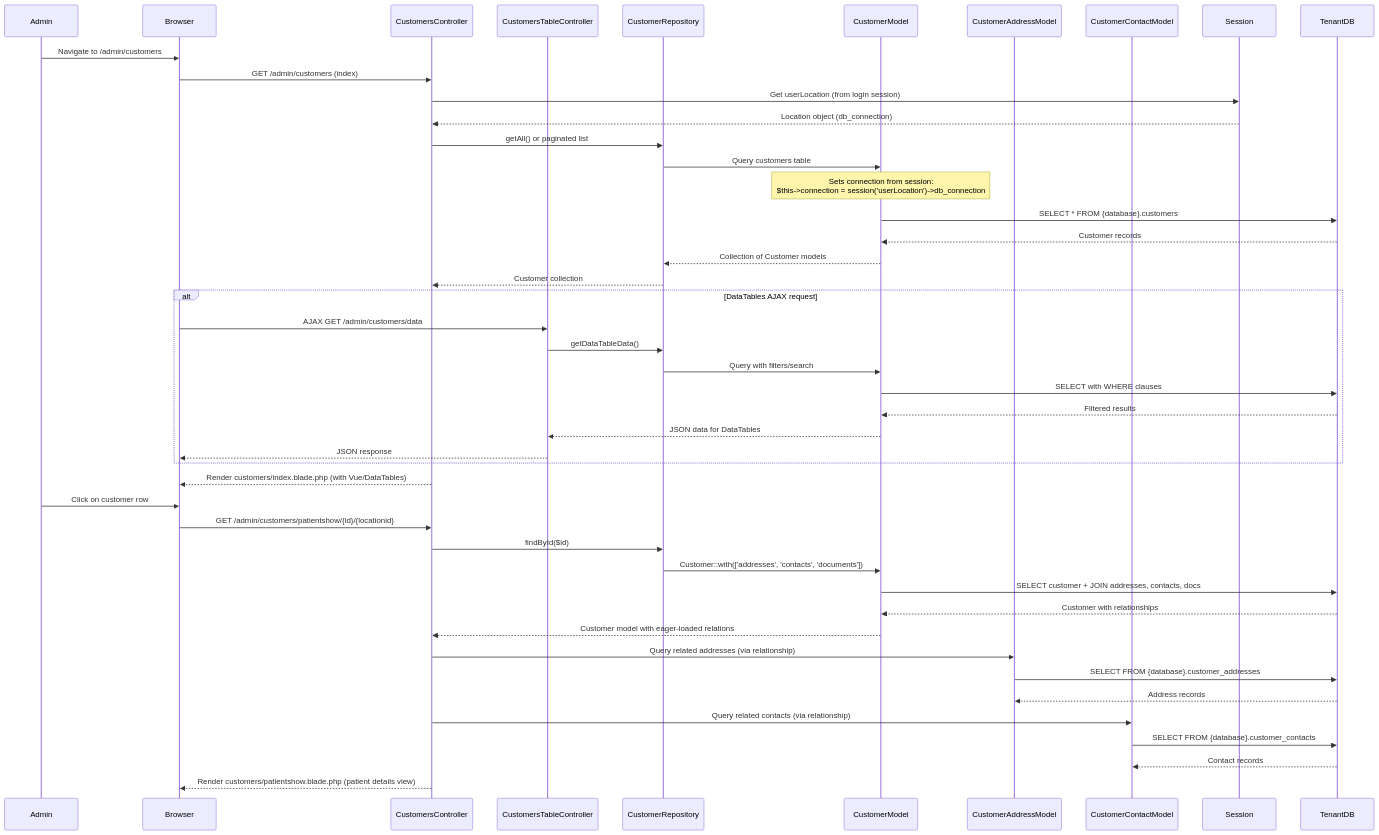
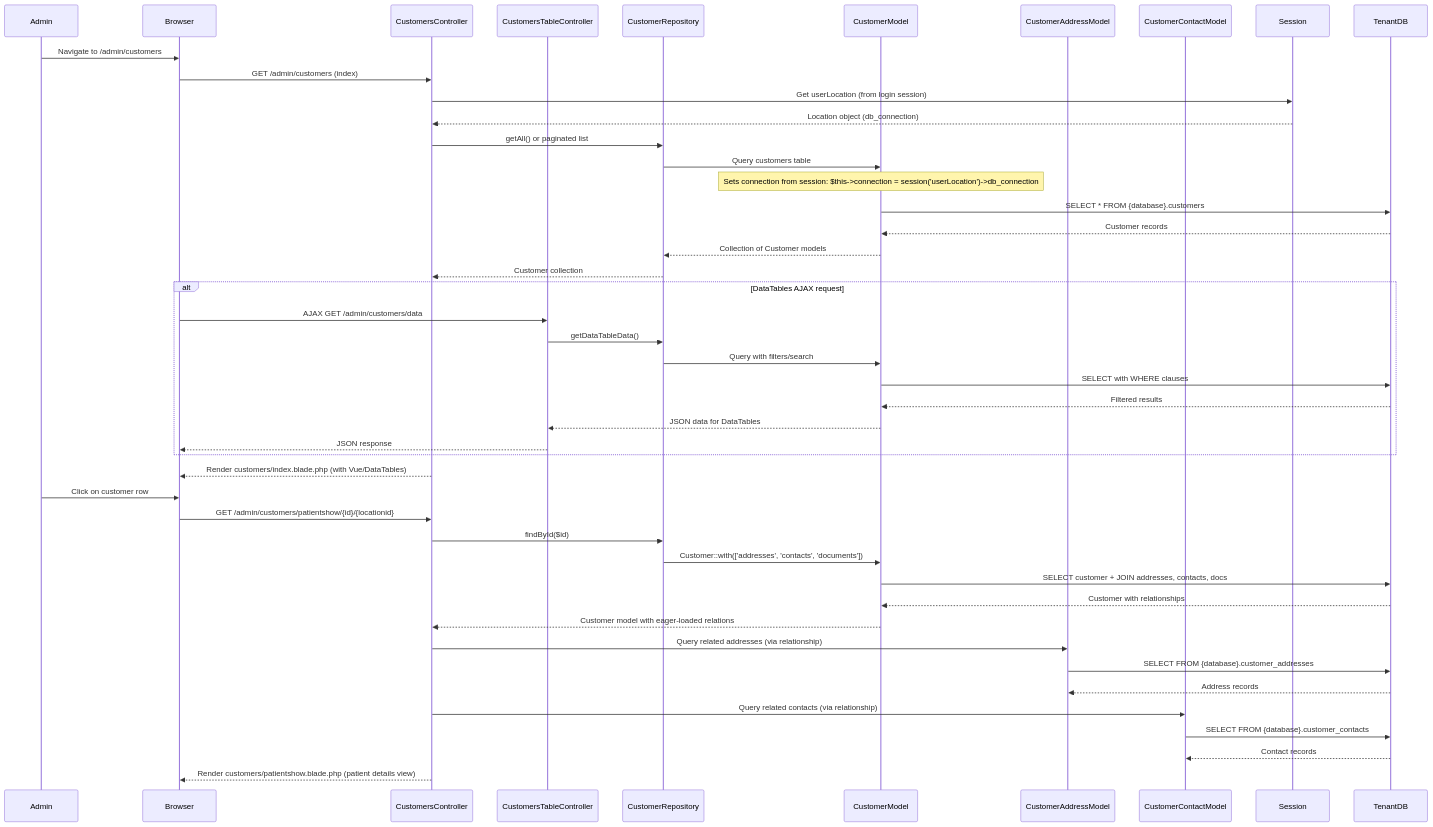
The diagram in visual-demo/frontend/public/diagrams/flows_customer-flow.md_01.mmd (Aaron071982/boca340b-visuals-demo), drawn with Mermaid before and after one commit. The commit also changed 30 other files, not shown here.

First line of the commit message:
Add Manage Admins, fix logout confirmation, diagrams, and UI polish

```diff
--- a/visual-demo/frontend/public/diagrams/flows_customer-flow.md_01.mmd
+++ b/visual-demo/frontend/public/diagrams/flows_customer-flow.md_01.mmd
@@ -1,56 +1,56 @@
 sequenceDiagram
     participant Admin
     participant Browser
     participant CustomersController
     participant CustomersTableController
     participant CustomerRepository
     participant CustomerModel
     participant CustomerAddressModel
     participant CustomerContactModel
     participant Session
     participant TenantDB
     
     Admin->>Browser: Navigate to /admin/customers
     Browser->>CustomersController: GET /admin/customers (index)
     
     CustomersController->>Session: Get userLocation (from login session)
     Session-->>CustomersController: Location object (db_connection)
     
     CustomersController->>CustomerRepository: getAll() or paginated list
     CustomerRepository->>CustomerModel: Query customers table
-    Note over CustomerModel: Sets connection from session:<br/>$this->connection = session('userLocation')->db_connection
+    Note over CustomerModel: Sets connection from session: $this->connection = session('userLocation')->db_connection
     CustomerModel->>TenantDB: SELECT * FROM {database}.customers
     TenantDB-->>CustomerModel: Customer records
     CustomerModel-->>CustomerRepository: Collection of Customer models
     CustomerRepository-->>CustomersController: Customer collection
     
     alt DataTables AJAX request
         Browser->>CustomersTableController: AJAX GET /admin/customers/data
         CustomersTableController->>CustomerRepository: getDataTableData()
         CustomerRepository->>CustomerModel: Query with filters/search
         CustomerModel->>TenantDB: SELECT with WHERE clauses
         TenantDB-->>CustomerModel: Filtered results
         CustomerModel-->>CustomersTableController: JSON data for DataTables
         CustomersTableController-->>Browser: JSON response
     end
     
     CustomersController-->>Browser: Render customers/index.blade.php (with Vue/DataTables)
     
     Admin->>Browser: Click on customer row
     Browser->>CustomersController: GET /admin/customers/patientshow/{id}/{locationid}
     
     CustomersController->>CustomerRepository: findById($id)
     CustomerRepository->>CustomerModel: Customer::with(['addresses', 'contacts', 'documents'])
     CustomerModel->>TenantDB: SELECT customer + JOIN addresses, contacts, docs
     TenantDB-->>CustomerModel: Customer with relationships
     CustomerModel-->>CustomersController: Customer model with eager-loaded relations
     
     CustomersController->>CustomerAddressModel: Query related addresses (via relationship)
     CustomerAddressModel->>TenantDB: SELECT FROM {database}.customer_addresses
     TenantDB-->>CustomerAddressModel: Address records
     
     CustomersController->>CustomerContactModel: Query related contacts (via relationship)
     CustomerContactModel->>TenantDB: SELECT FROM {database}.customer_contacts
     TenantDB-->>CustomerContactModel: Contact records
     
     CustomersController-->>Browser: Render customers/patientshow.blade.php (patient details view)
```
